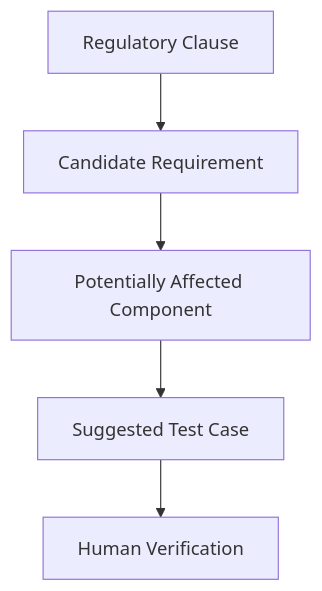
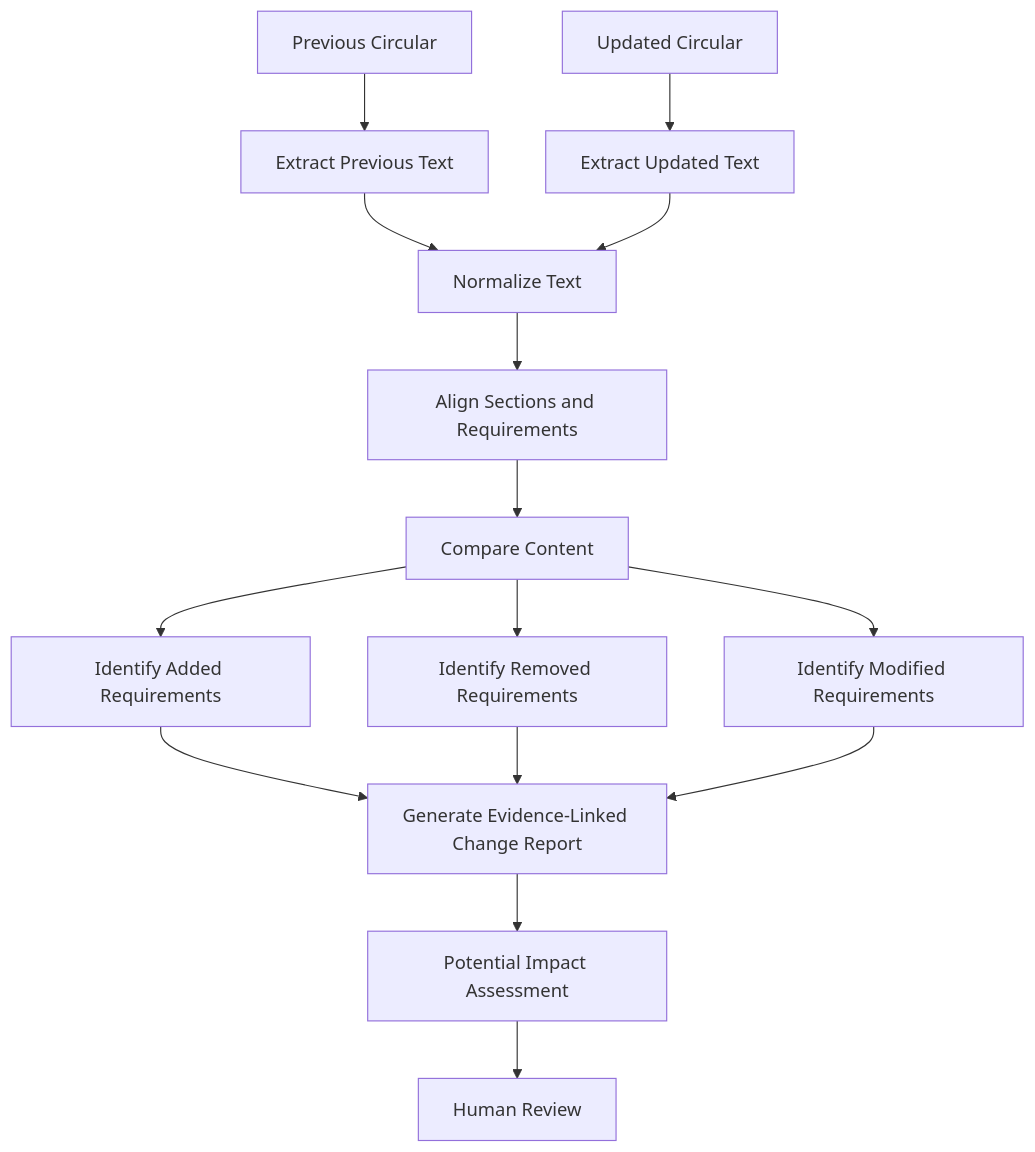
Before and after one commit to rajshreesinha-23/regulalens-ai: the fourth of 4 diagrams in README.md, drawn with Mermaid. The commit also changed other lines of this file, not shown here.

````diff
--- a/README.md
+++ b/README.md
@@ -105,7 +214,21 @@
 ```mermaid
 flowchart TD
-    A["Regulatory Clause"] --> B["Candidate Requirement"]
-    B --> C["Potentially Affected Component"]
-    C --> D["Suggested Test Case"]
-    D --> E["Human Verification"]
+    A["Previous Circular"] --> P["Extract Previous Text"]
+    B["Updated Circular"] --> N["Extract Updated Text"]
+
+    P --> C["Normalize Text"]
+    N --> C
+
+    C --> D["Align Sections and Requirements"]
+    D --> E["Compare Content"]
+    E --> F["Identify Added Requirements"]
+    E --> G["Identify Removed Requirements"]
+    E --> H["Identify Modified Requirements"]
+
+    F --> I["Generate Evidence-Linked Change Report"]
+    G --> I
+    H --> I
+
+    I --> J["Potential Impact Assessment"]
+    J --> K["Human Review"]
 ```
````
